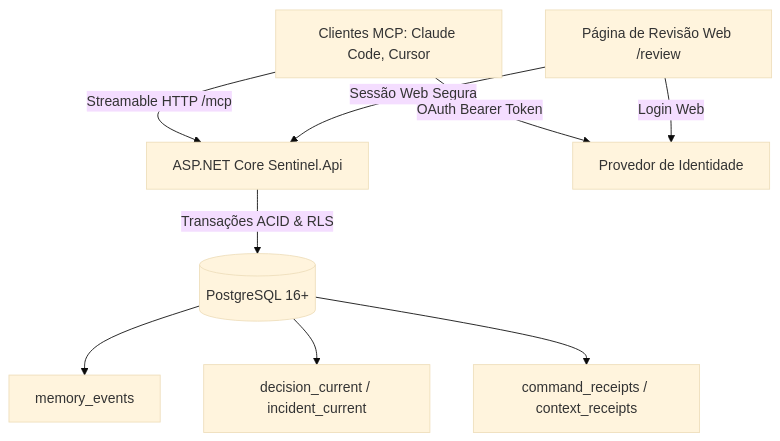
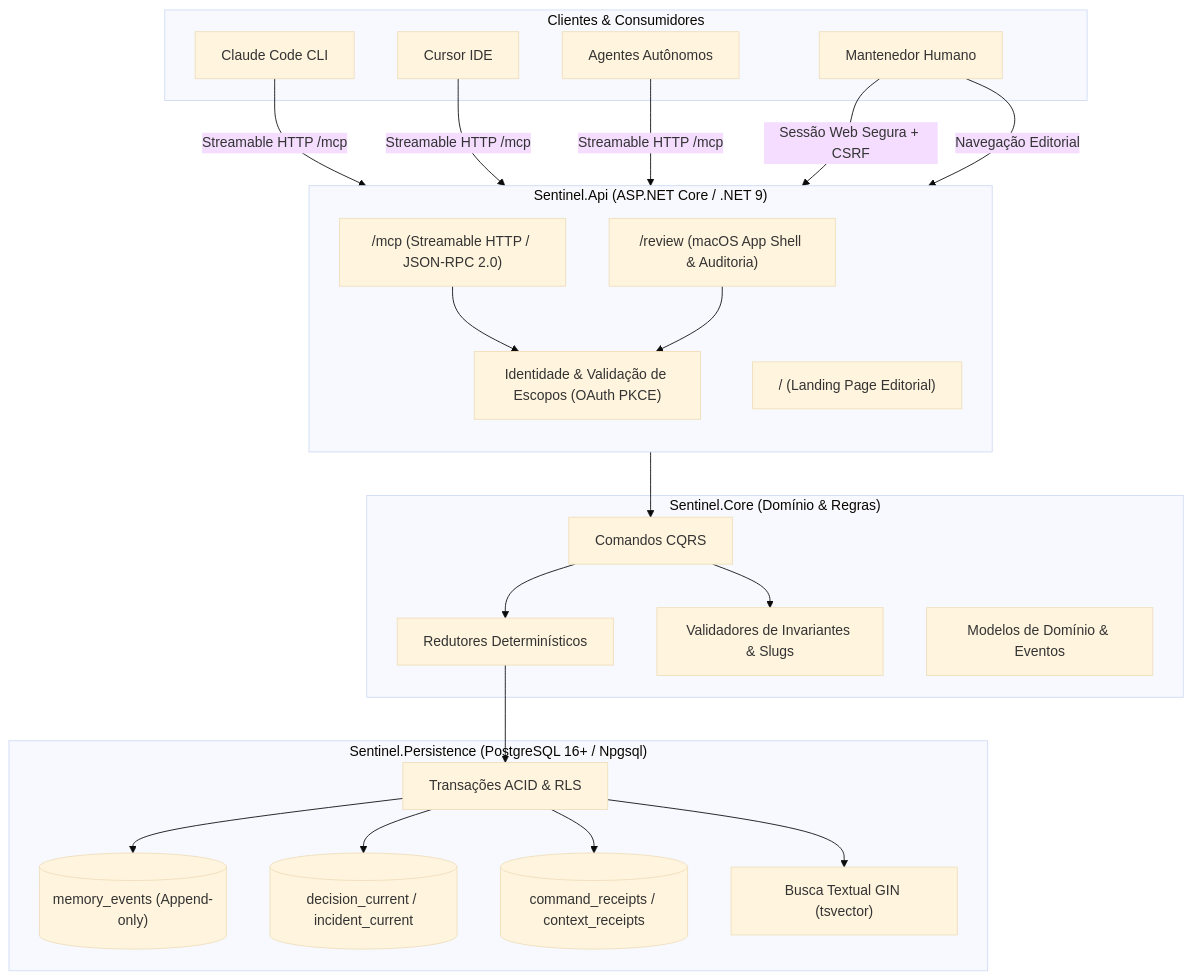
Before and after one commit to Nathan-Paranhos/SentinelMCP: the diagram in README.md, drawn with Mermaid (base theme). The commit also changed other lines of this file and 2 other files, not shown here.

````diff
--- a/README.md
+++ b/README.md
@@ -22,11 +105,49 @@
 ```mermaid
 flowchart TB
-    C[Clientes MCP: Claude Code, Cursor] -->|Streamable HTTP /mcp| A[ASP.NET Core Sentinel.Api]
-    M[Página de Revisão Web /review] -->|Sessão Web Segura| A
-    C -->|OAuth Bearer Token| I[Provedor de Identidade]
-    M -->|Login Web| I
-    A -->|Transações ACID & RLS| P[(PostgreSQL 16+)]
-    P --> E[memory_events]
-    P --> S[decision_current / incident_current]
-    P --> R[command_receipts / context_receipts]
+    subgraph Clientes["Clientes & Consumidores"]
+        A1["Claude Code CLI"]
+        A2["Cursor IDE"]
+        A3["Agentes Autônomos"]
+        H1["Mantenedor Humano"]
+    end
+
+    subgraph ApiLayer["Sentinel.Api (ASP.NET Core / .NET 9)"]
+        direction TB
+        McpEp["/mcp (Streamable HTTP / JSON-RPC 2.0)"]
+        WebRev["/review (macOS App Shell & Auditoria)"]
+        Landing["/ (Landing Page Editorial)"]
+        AuthMid["Identidade & Validação de Escopos (OAuth PKCE)"]
+    end
+
+    subgraph CoreLayer["Sentinel.Core (Domínio & Regras)"]
+        Commands["Comandos CQRS"]
+        Reducers["Redutores Determinísticos"]
+        Invariants["Validadores de Invariantes & Slugs"]
+        Models["Modelos de Domínio & Eventos"]
+    end
+
+    subgraph PersistenceLayer["Sentinel.Persistence (PostgreSQL 16+ / Npgsql)"]
+        Trans["Transações ACID & RLS"]
+        Events[("memory_events (Append-only)")]
+        Proj[("decision_current / incident_current")]
+        Receipts[("command_receipts / context_receipts")]
+        FTS["Busca Textual GIN (tsvector)"]
+    end
+
+    A1 -->|Streamable HTTP /mcp| McpEp
+    A2 -->|Streamable HTTP /mcp| McpEp
+    A3 -->|Streamable HTTP /mcp| McpEp
+    H1 -->|Sessão Web Segura + CSRF| WebRev
+    H1 -->|Navegação Editorial| Landing
+
+    McpEp --> AuthMid
+    WebRev --> AuthMid
+    AuthMid --> Commands
+    Commands --> Invariants
+    Commands --> Reducers
+    Reducers --> Trans
+    Trans --> Events
+    Trans --> Proj
+    Trans --> Receipts
+    Trans --> FTS
 ```
````
